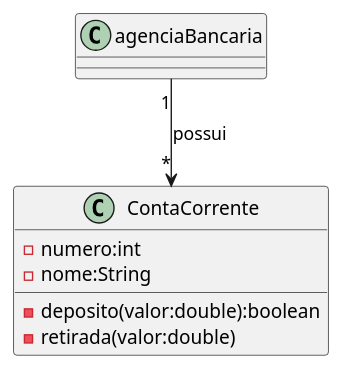
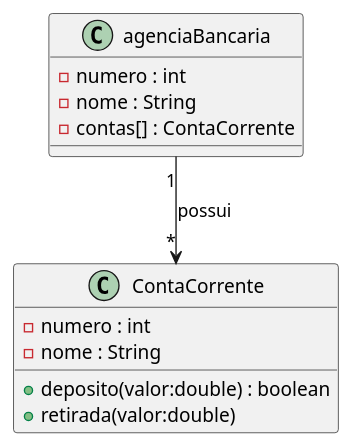
One commit to DrakRosmann/POO_2026 changed the diagram in classes-conta.puml. Above: the diagram before and after it, drawn with PlantUML. The commit also changed 1 other file, not shown here.

```diff
--- a/classes-conta.puml
+++ b/classes-conta.puml
@@ -1,12 +1,16 @@
 @startuml
 class ContaCorrente{
-    - numero:int
-    - nome:String
-    - deposito(valor:double):boolean
-    - retirada(valor:double)
+    - numero : int
+    - nome : String
+    + deposito(valor:double) : boolean
+    + retirada(valor:double)
+
 }
 
 class agenciaBancaria{
+    - numero : int
+    - nome : String
+    - contas[] : ContaCorrente
 }
 agenciaBancaria "1"--> "*" ContaCorrente : possui
 @enduml
```
